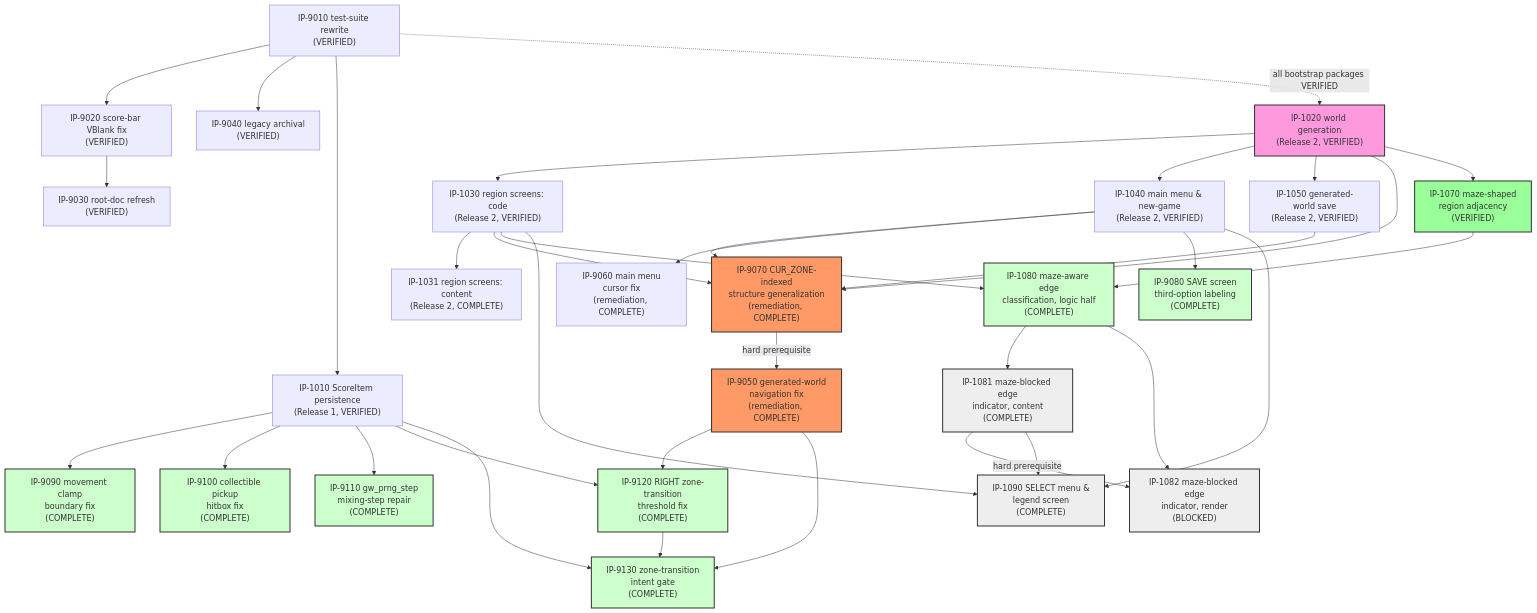
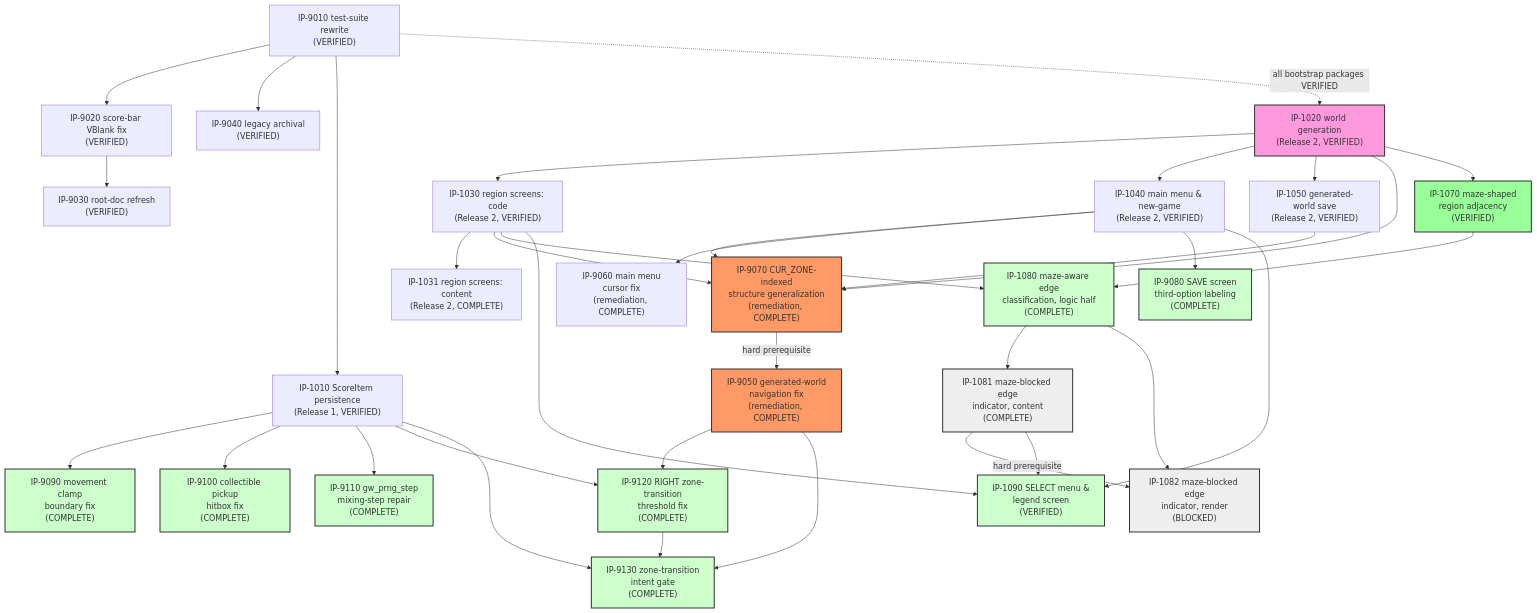
The diagram in docs/implementation/00-master-build-plan.md (Zabin/RsGame), drawn with Mermaid before and after one commit. The commit also changed other lines of this file and 7 other files, not shown here.

First line of the commit message:
docs(verification): VR-1090 -- IP-1090 SELECT Menu & Edge-Indicator Legend Screen VERIFIED

````diff
--- a/docs/implementation/00-master-build-plan.md
+++ b/docs/implementation/00-master-build-plan.md
@@ -326,10 +327,10 @@
     style IP1081 fill:#eee,stroke:#333,stroke-width:2px
     style IP1082 fill:#eee,stroke:#333,stroke-width:2px
 
-    IP1090["IP-1090 SELECT menu &<br/>legend screen<br/>(COMPLETE)"]
+    IP1090["IP-1090 SELECT menu &<br/>legend screen<br/>(VERIFIED)"]
     IP1040 --> IP1090
     IP1030 --> IP1090
     IP1081 --> IP1090
 
-    style IP1090 fill:#eee,stroke:#333,stroke-width:2px
+    style IP1090 fill:#cfc,stroke:#333,stroke-width:2px
 ```
````
